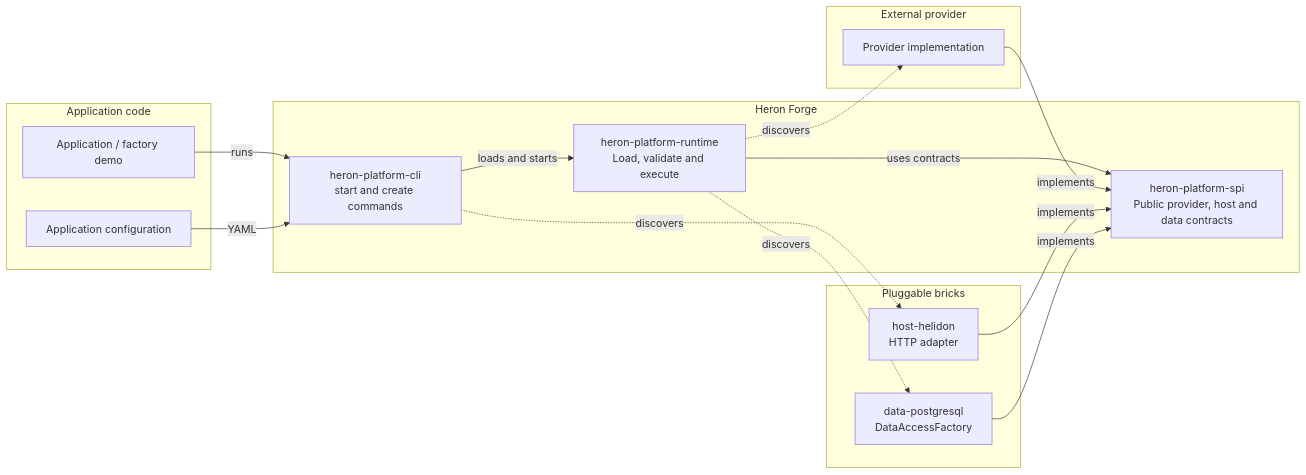
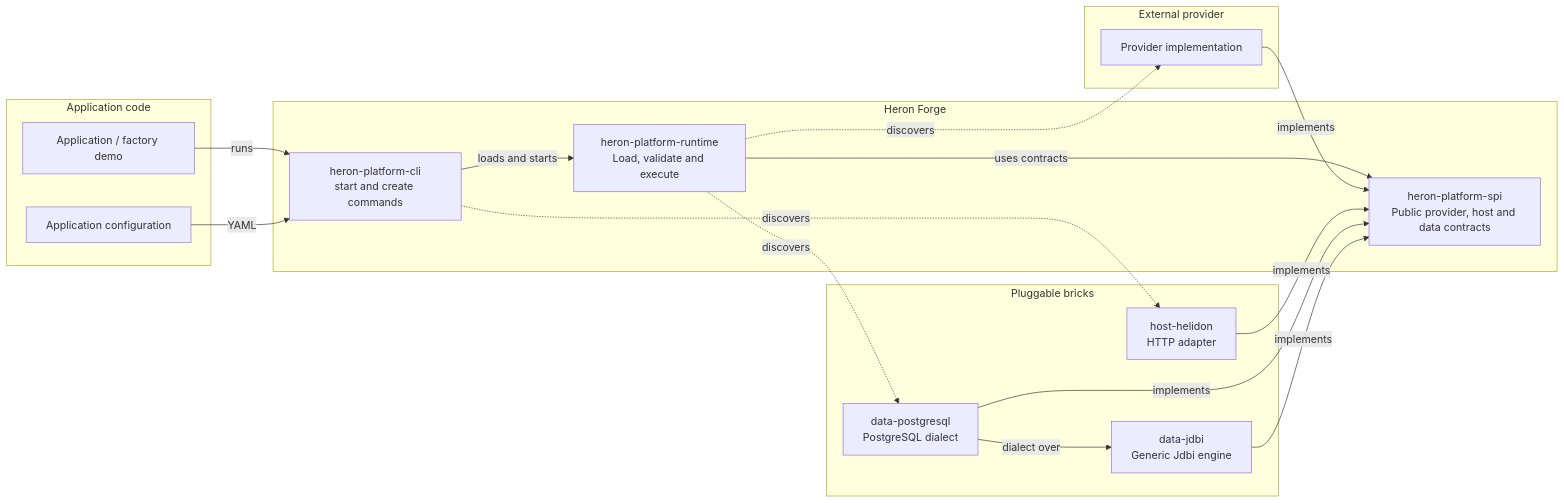
Before and after one commit to Hogwai/heron-forge: the first of 2 diagrams in README.md, drawn with Mermaid. The commit also changed other lines of this file and 52 other files, not shown here.

````diff
--- a/README.md
+++ b/README.md
@@ -10,33 +10,36 @@
 ```mermaid
 flowchart LR
     subgraph ApplicationCode [Application code]
         app["Application / factory demo"]
         appConfig["Application configuration"]
     end
 
     subgraph HeronForge [Heron Forge]
         cli["heron-platform-cli<br/>start and create commands"]
         runtime["heron-platform-runtime<br/>Load, validate and execute"]
         spi["heron-platform-spi<br/>Public provider, host and data contracts"]
     end
 
     subgraph Bricks [Pluggable bricks]
         host["host-helidon<br/>HTTP adapter"]
-        data["data-postgresql<br/>DataAccessFactory"]
+        data["data-postgresql<br/>PostgreSQL dialect"]
+        jdbi["data-jdbi<br/>Generic Jdbi engine"]
     end
 
     subgraph ProviderCode [External provider]
         provider["Provider implementation"]
     end
 
     app -->|"runs"| cli
     appConfig -->|"YAML"| cli
     cli -->|"loads and starts"| runtime
     cli -.->|"discovers"| host
     runtime -->|"uses contracts"| spi
     runtime -.->|"discovers"| provider
     provider -->|"implements"| spi
     host -->|"implements"| spi
     data -->|"implements"| spi
+    data -->|"dialect over"| jdbi
+    jdbi -->|"implements"| spi
     runtime -.->|"discovers"| data
 ```
````
